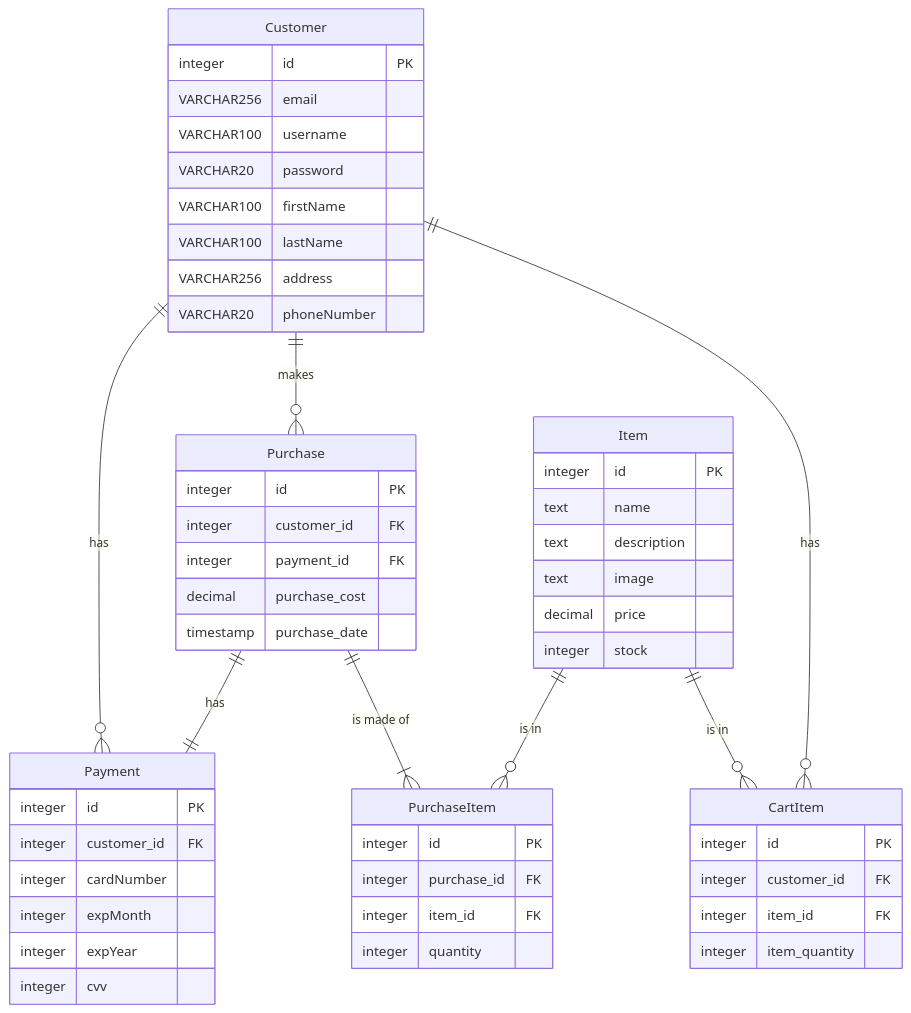
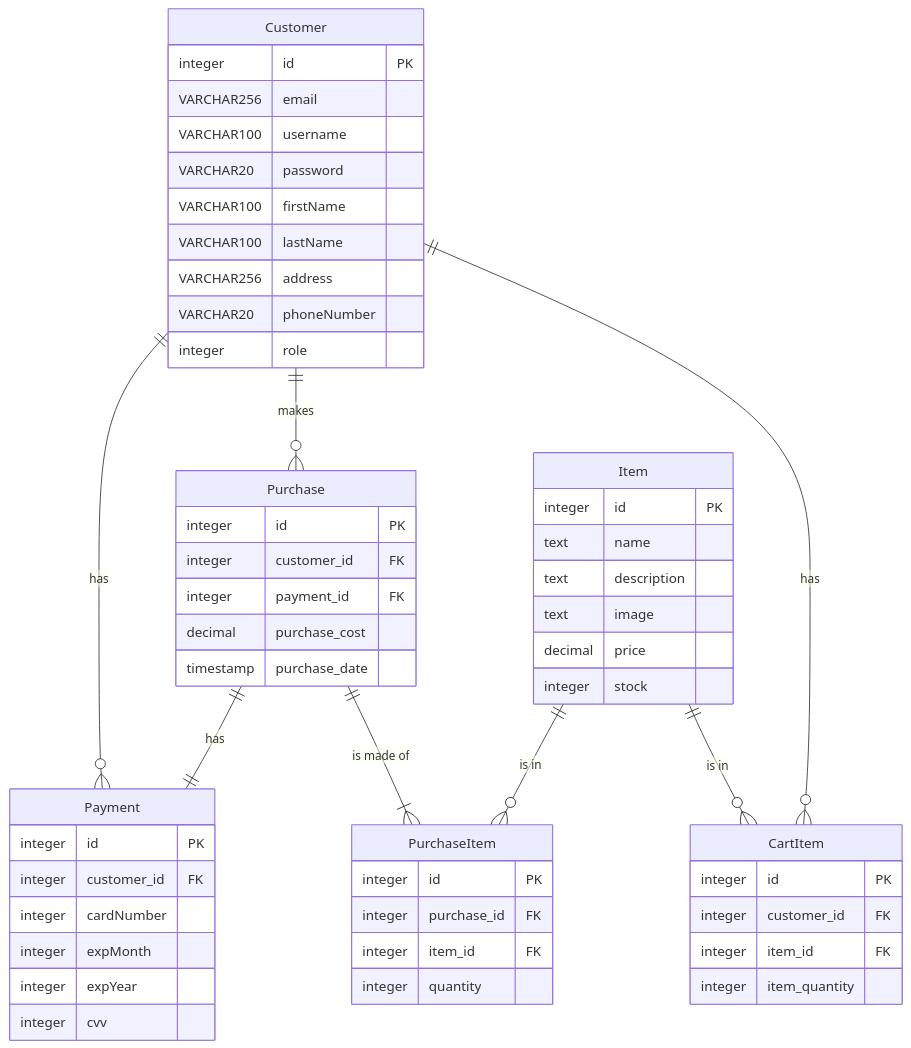
The diagram in ecommerce/erd.md (vulnerability-shop/documentation), drawn with Mermaid before and after one commit.

Commit message:
ajout du champ role en tant que integer pour la table customer

````diff
--- a/ecommerce/erd.md
+++ b/ecommerce/erd.md
@@ -3,63 +3,64 @@
 ```mermaid
 %%{init: { 'theme': 'default' } }%%
 
 erDiagram
     Customer || -- }o Payment : "has"
     Customer || -- }o Purchase  : "makes"
     Purchase || -- || Payment : "has"
     Purchase || -- }| PurchaseItem : "is made of"
     Item || -- }o PurchaseItem : "is in"
     Item || -- }o CartItem : "is in"
     Customer || -- }o CartItem : "has"
 
     Customer {
         integer id PK
         VARCHAR256 email
         VARCHAR100 username
         VARCHAR20 password
         VARCHAR100 firstName
         VARCHAR100 lastName
         VARCHAR256 address
         VARCHAR20 phoneNumber
+        integer role
     }
 
     Payment {
         integer id PK
         integer customer_id FK
         integer cardNumber
         integer expMonth
         integer expYear
         integer cvv
     }
 
     Item {
         integer id PK
         text name
         text description
         text image
         decimal price
         integer stock
     }
 
     CartItem {
         integer id PK
         integer customer_id FK
         integer item_id FK
         integer item_quantity
     }
 
     Purchase {
         integer id PK
         integer customer_id FK
         integer payment_id FK
         decimal purchase_cost
         timestamp purchase_date
     }
 
     PurchaseItem {
         integer id PK
         integer purchase_id FK
         integer item_id FK
         integer quantity
     }
 ```
````
